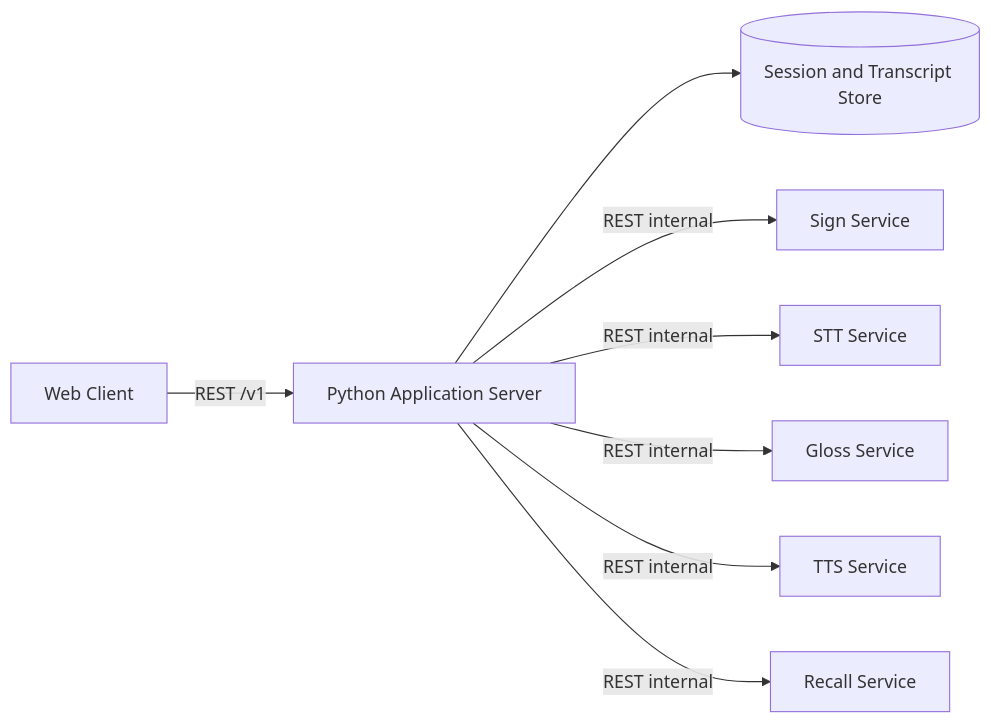
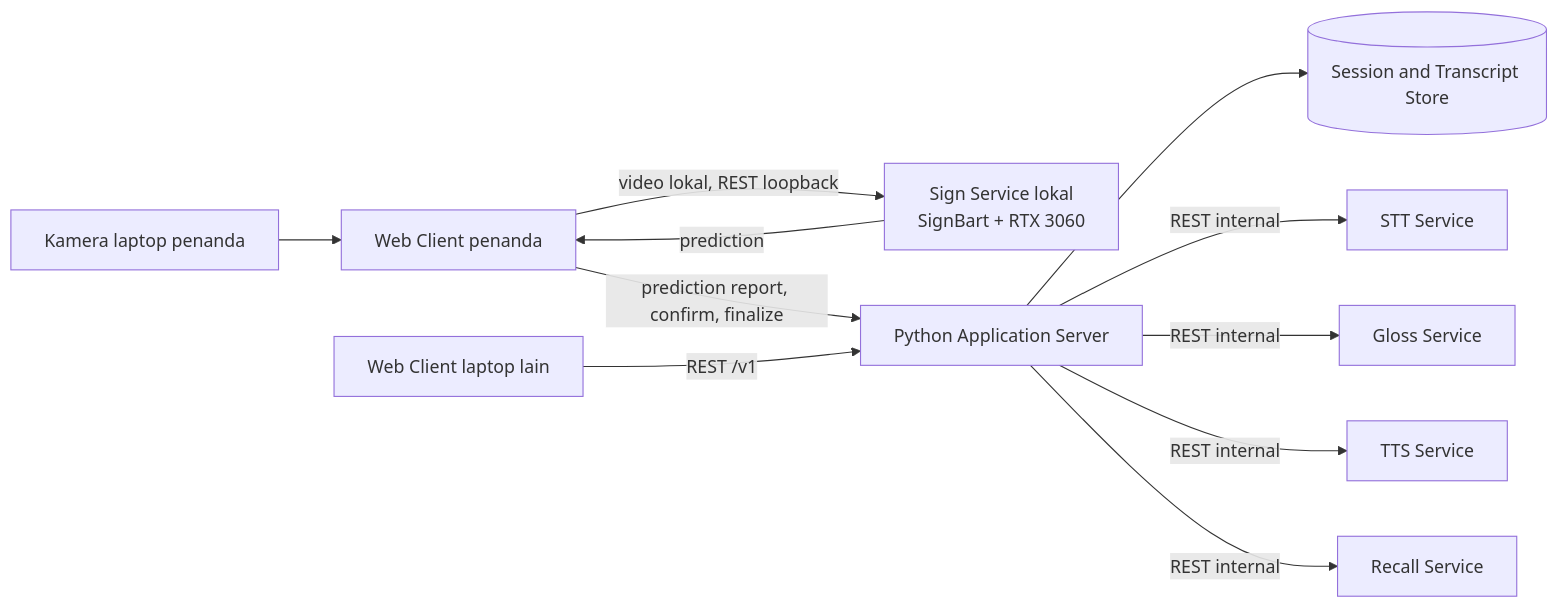
One commit to Matthew12-t/signlang-ai-trial changed the diagram in isyara-application-server-design.md. Above: the diagram before and after it, drawn with Mermaid. The commit also changed other lines of this file and 5 other files, not shown here.

````diff
--- a/isyara-application-server-design.md
+++ b/isyara-application-server-design.md
@@ -50,10 +52,13 @@
 ```mermaid
 flowchart LR
-    WEB[Web Client] -->|REST /v1| APP[Python Application Server]
+    CAMERA[Kamera laptop penanda] --> WEB[Web Client penanda]
+    WEB -->|video lokal, REST loopback| SIGN[Sign Service lokal\nSignBart + RTX 3060]
+    SIGN -->|prediction| WEB
+    WEB -->|prediction report, confirm, finalize| APP[Python Application Server]
+    VIEWER[Web Client laptop lain] -->|REST /v1| APP
     APP --> DB[(Session and Transcript Store)]
-    APP -->|REST internal| SIGN[Sign Service]
     APP -->|REST internal| STT[STT Service]
     APP -->|REST internal| GLOSS[Gloss Service]
     APP -->|REST internal| TTS[TTS Service]
     APP -->|REST internal| RECALL[Recall Service]
 ```
````
